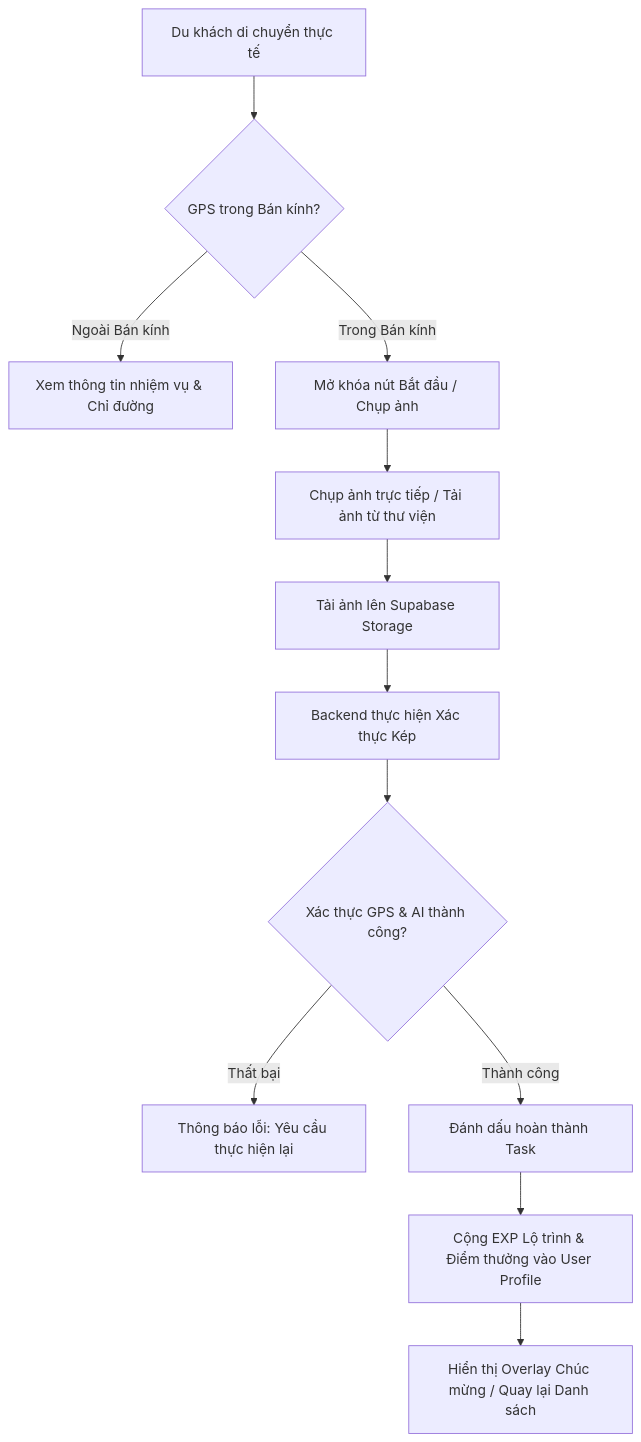
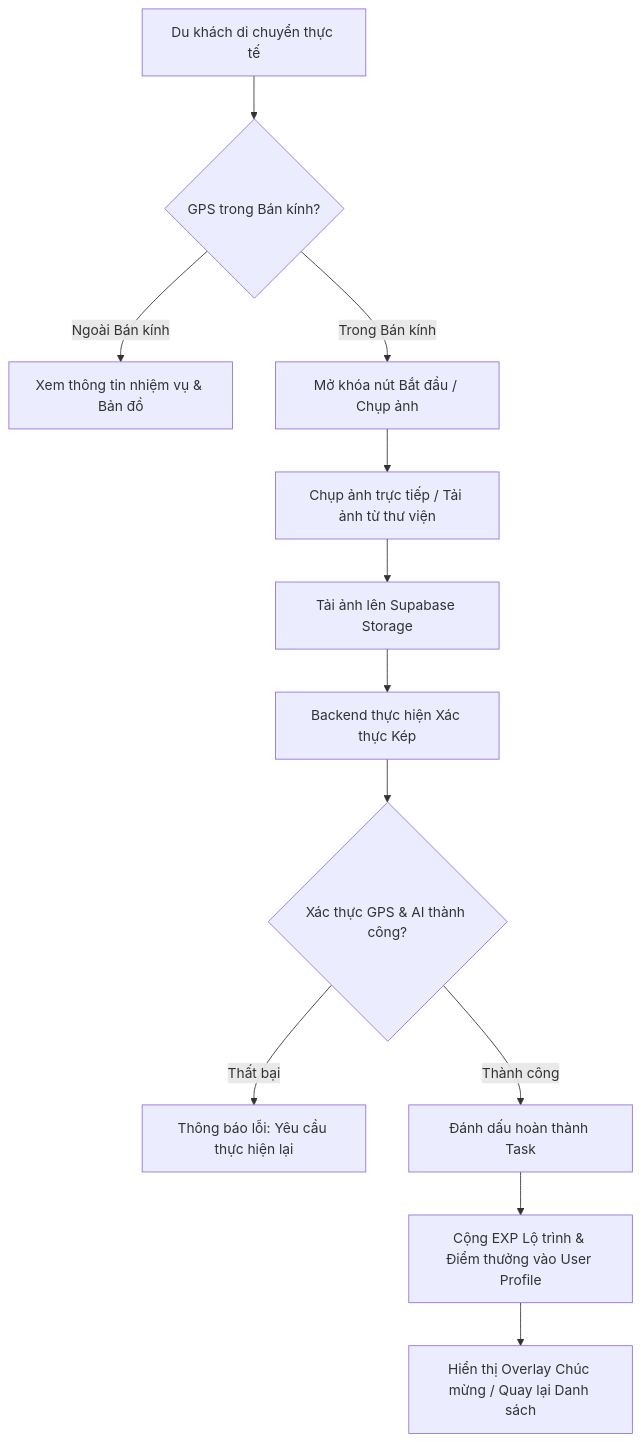
One commit to AnhSangNguyen0102/SmartTourismSystem changed the diagram in gamification_architecture.md. Above: the diagram before and after it, drawn with Mermaid. The commit also changed other lines of this file and 52 other files, not shown here.

````diff
--- a/gamification_architecture.md
+++ b/gamification_architecture.md
@@ -12,14 +12,14 @@
 ```mermaid
 graph TD
     A[Du khách di chuyển thực tế] --> B{GPS trong Bán kính?}
-    B -- Ngoài Bán kính --> C[Xem thông tin nhiệm vụ & Chỉ đường]
+    B -- Ngoài Bán kính --> C[Xem thông tin nhiệm vụ & Bản đồ]
     B -- Trong Bán kính --> D[Mở khóa nút Bắt đầu / Chụp ảnh]
     D --> E[Chụp ảnh trực tiếp / Tải ảnh từ thư viện]
     E --> F[Tải ảnh lên Supabase Storage]
     F --> G[Backend thực hiện Xác thực Kép]
     G --> H{Xác thực GPS & AI thành công?}
     H -- Thất bại --> I[Thông báo lỗi: Yêu cầu thực hiện lại]
     H -- Thành công --> J[Đánh dấu hoàn thành Task]
     J --> K[Cộng EXP Lộ trình & Điểm thưởng vào User Profile]
     K --> L[Hiển thị Overlay Chúc mừng / Quay lại Danh sách]
 ```
````
